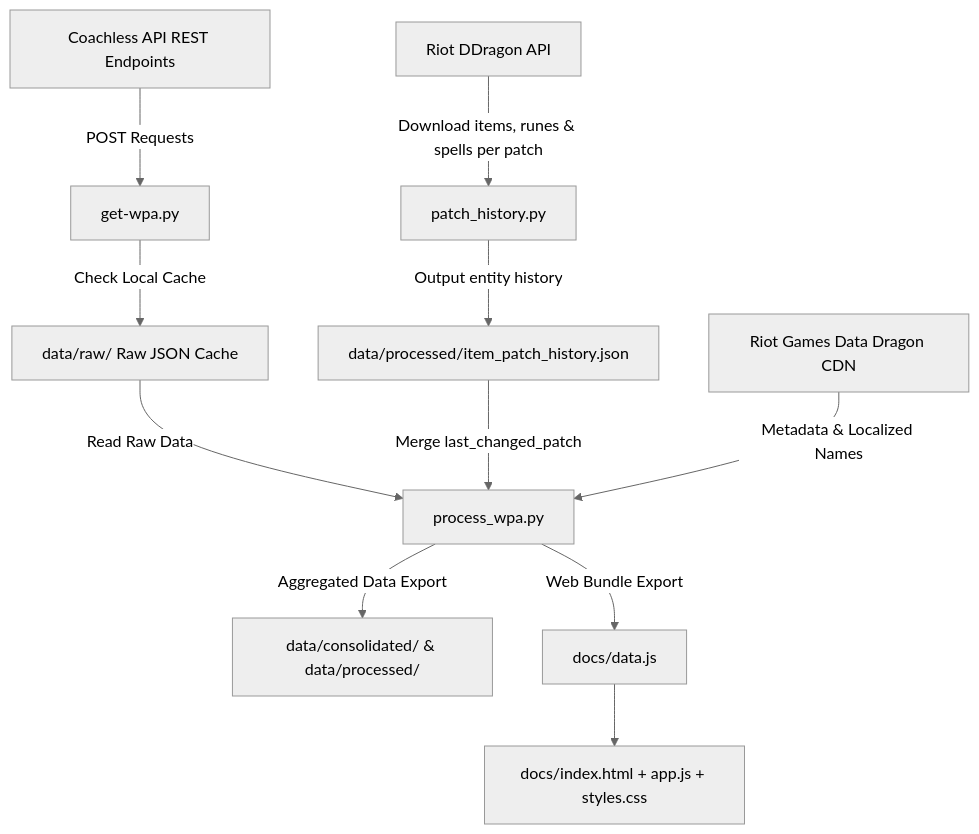
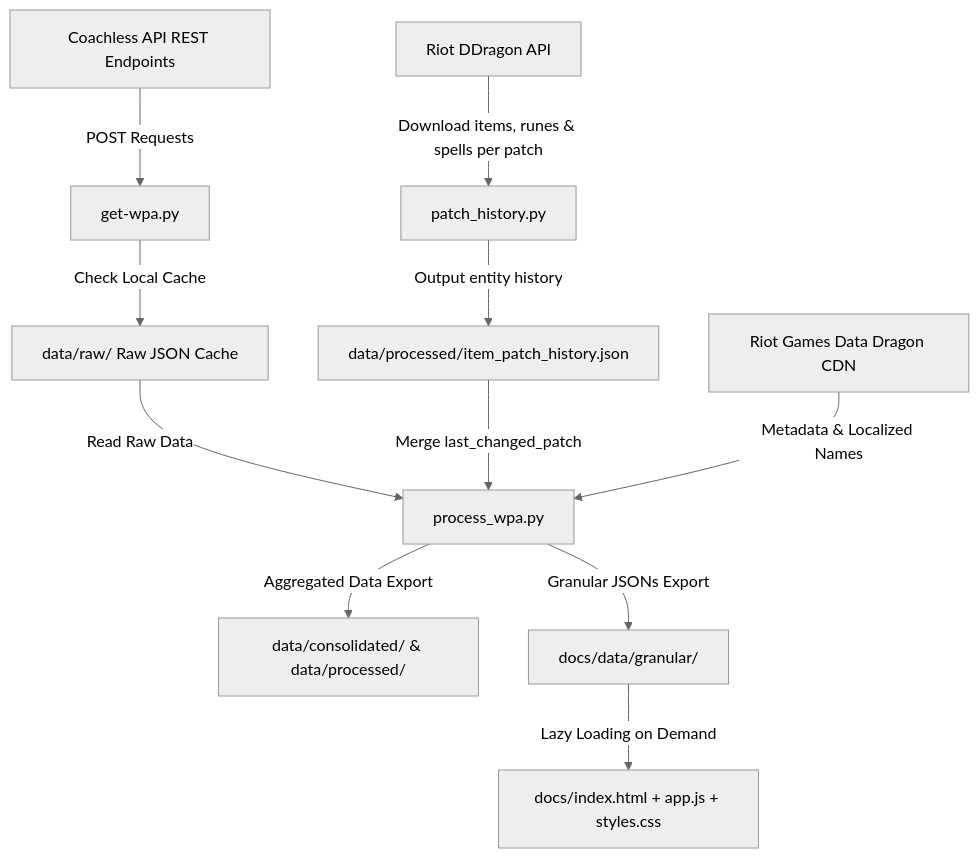
The diagram in memory-bank/systemPatterns.md (Zinko5/Zinkoachless), drawn with Mermaid (neutral theme) before and after one commit. The commit also changed other lines of this file and 156 other files, not shown here.

Commit message:
perf: migrar a lazy loading por campeon y optimizar payload JSON

````diff
--- a/memory-bank/systemPatterns.md
+++ b/memory-bank/systemPatterns.md
@@ -5,13 +5,13 @@
 ```mermaid
 flowchart TD
     A[Coachless API REST Endpoints] -->|POST Requests| B[get-wpa.py]
     B -->|Check Local Cache| C[data/raw/ Raw JSON Cache]
     DDragon[Riot DDragon API] -->|Download items, runes & spells per patch| DDiff[patch_history.py]
     DDiff -->|Output entity history| DHist[data/processed/item_patch_history.json]
     C -->|Read Raw Data| D[process_wpa.py]
     DHist -->|Merge last_changed_patch| D
     E[Riot Games Data Dragon CDN] -->|Metadata & Localized Names| D
     D -->|Aggregated Data Export| F[data/consolidated/ & data/processed/]
-    D -->|Web Bundle Export| G[docs/data.js]
-    G --> H[docs/index.html + app.js + styles.css]
+    D -->|Granular JSONs Export| G[docs/data/granular/]
+    G -->|Lazy Loading on Demand| H[docs/index.html + app.js + styles.css]
 ```
````
